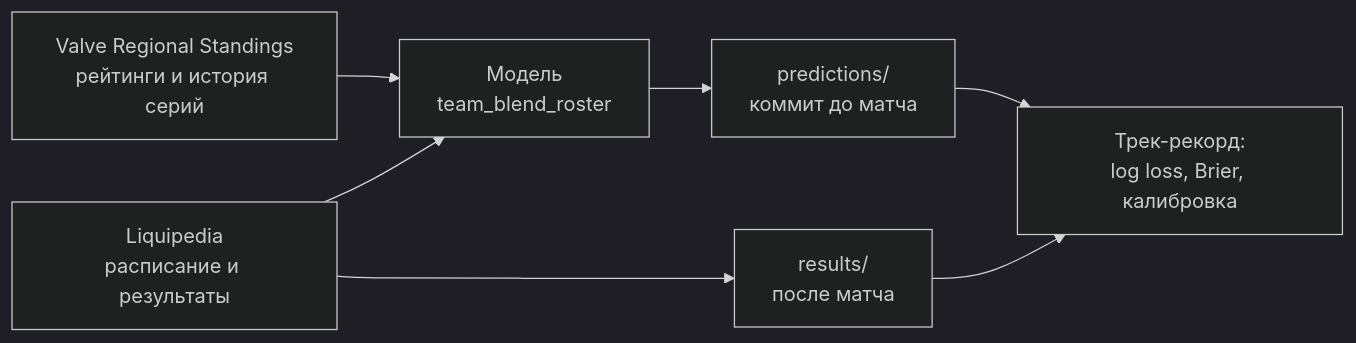
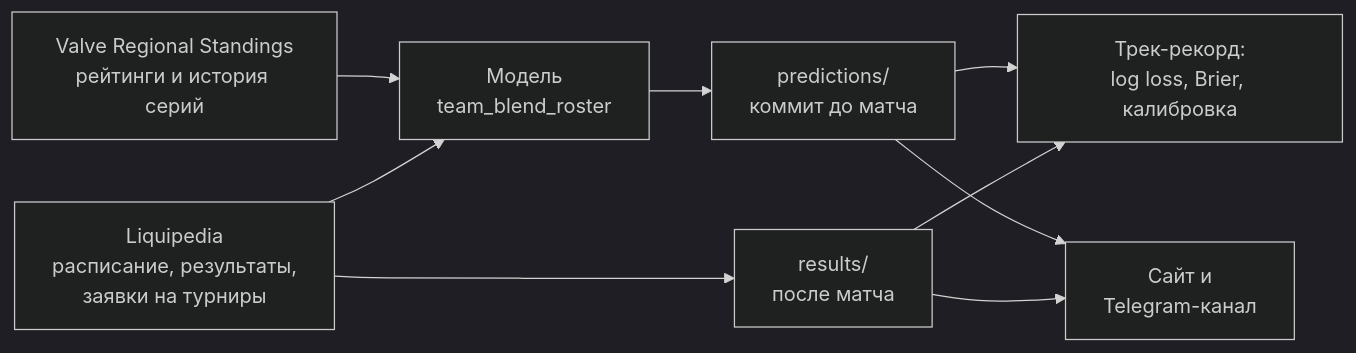
Before and after one commit to hoxitoo/I.C.S.Y-predictions: the diagram in README.ru.md, drawn with Mermaid (dark theme). The commit also changed other lines of this file and 1 other file, not shown here.

First line of the commit message:
Bring the README up to date with model 0.2.0 and the Telegram channel

````diff
--- a/README.ru.md
+++ b/README.ru.md
@@ -47,9 +48,11 @@
 ```mermaid
 flowchart LR
     A[Valve Regional Standings<br/>рейтинги и история серий] --> C[Модель<br/>team_blend_roster]
-    B[Liquipedia<br/>расписание и результаты] --> C
+    B[Liquipedia<br/>расписание, результаты,<br/>заявки на турниры] --> C
     C --> D[predictions/<br/>коммит до матча]
     B --> E[results/<br/>после матча]
     D --> F[Трек-рекорд:<br/>log loss, Brier, калибровка]
     E --> F
+    D --> G[Сайт и<br/>Telegram-канал]
+    E --> G
 ```
````
